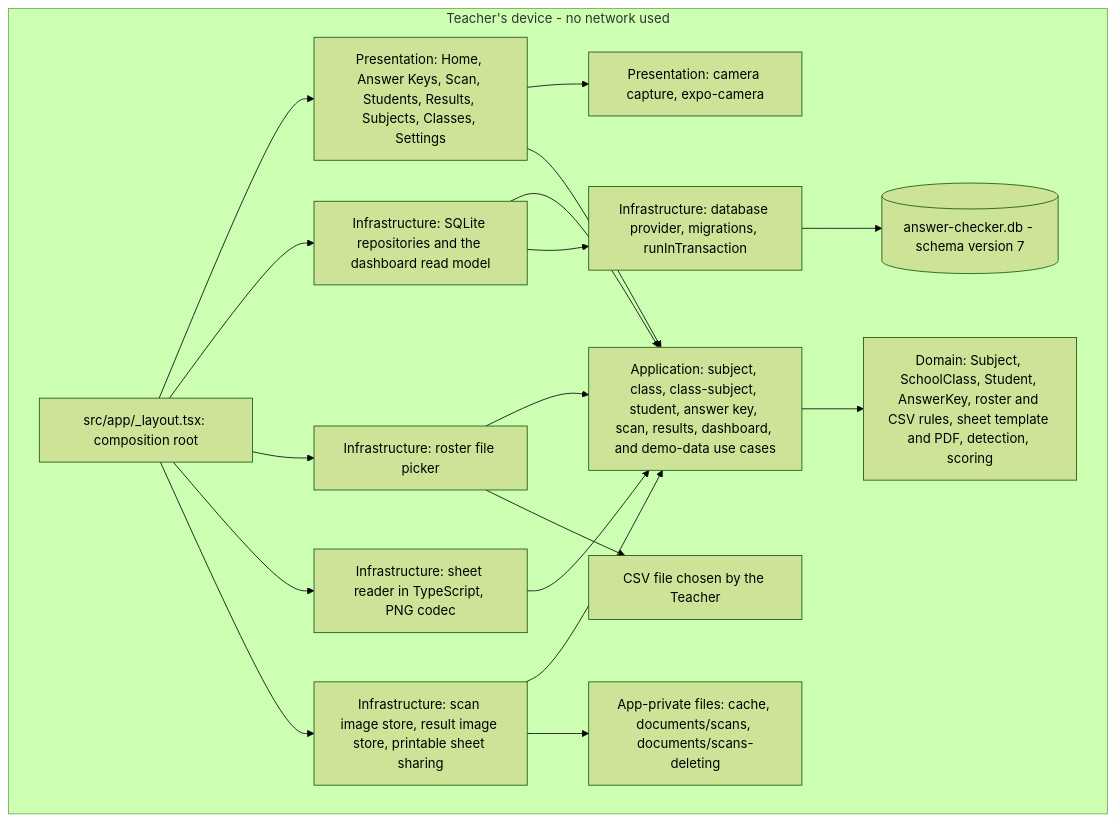
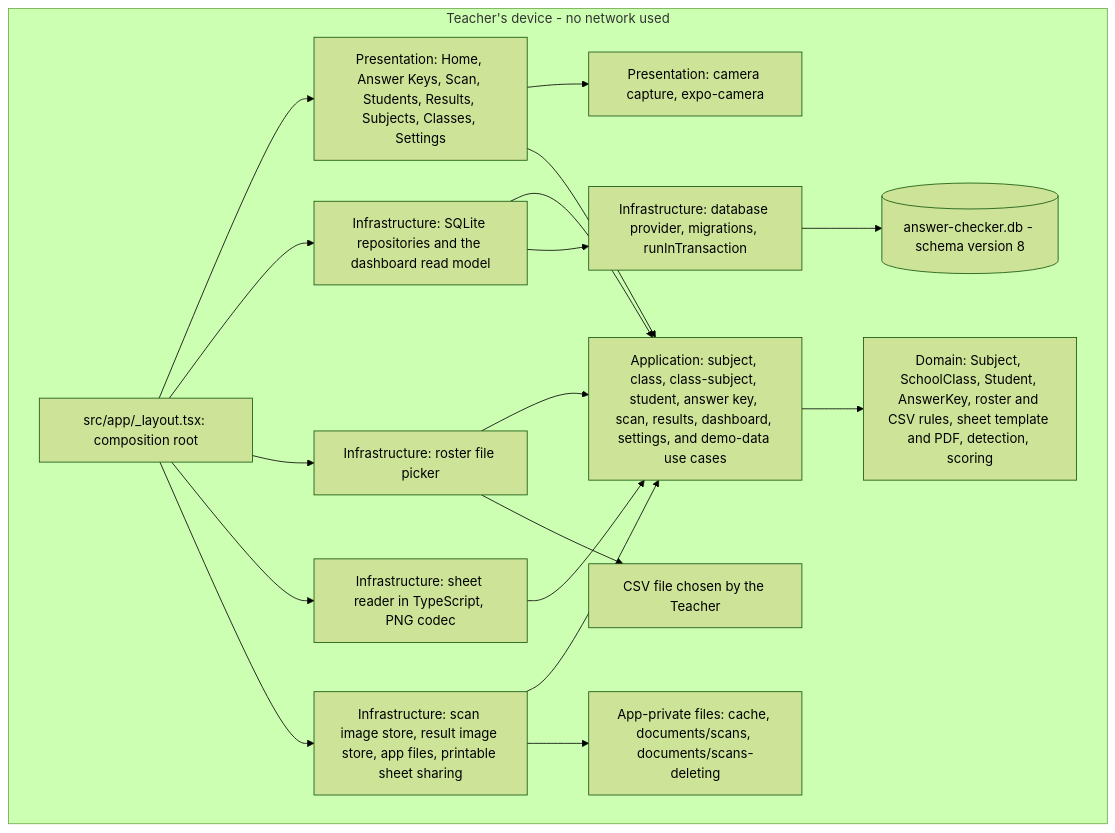
Before and after one commit to nicolaseugenio2022-cyber/answer-checker: the first of 18 diagrams in docs/diagrams.md, drawn with Mermaid (forest theme). The commit also changed other lines of this file and 5 other files, not shown here.

Commit message:
docs: synchronize documentation with schema version 8, start-up, and loading

````diff
--- a/docs/diagrams.md
+++ b/docs/diagrams.md
@@ -11,35 +11,35 @@
 ```mermaid
 flowchart TD
     subgraph Device["Teacher's device - no network used"]
         ROOT["src/app/_layout.tsx: composition root"]
         UI["Presentation: Home, Answer Keys, Scan, Students, Results, Subjects, Classes, Settings"]
         CAM["Presentation: camera capture, expo-camera"]
-        UC["Application: subject, class, class-subject, student, answer key, scan, results, dashboard, and demo-data use cases"]
+        UC["Application: subject, class, class-subject, student, answer key, scan, results, dashboard, settings, and demo-data use cases"]
         DOMAIN["Domain: Subject, SchoolClass, Student, AnswerKey, roster and CSV rules, sheet template and PDF, detection, scoring"]
         REPO["Infrastructure: SQLite repositories and the dashboard read model"]
         FILES["Infrastructure: roster file picker"]
         OMR["Infrastructure: sheet reader in TypeScript, PNG codec"]
-        IMAGES["Infrastructure: scan image store, result image store, printable sheet sharing"]
+        IMAGES["Infrastructure: scan image store, result image store, app files, printable sheet sharing"]
         CORE["Infrastructure: database provider, migrations, runInTransaction"]
-        DB[("answer-checker.db - schema version 7")]
+        DB[("answer-checker.db - schema version 8")]
         CSV["CSV file chosen by the Teacher"]
         STORE["App-private files: cache, documents/scans, documents/scans-deleting"]
     end
 
     ROOT --> UI
     ROOT --> REPO
     ROOT --> FILES
     ROOT --> OMR
     ROOT --> IMAGES
     UI --> CAM
     UI --> UC
     UC --> DOMAIN
     REPO --> UC
     FILES --> UC
     OMR --> UC
     IMAGES --> UC
     REPO --> CORE
     CORE --> DB
     FILES --> CSV
     IMAGES --> STORE
 ```
````
